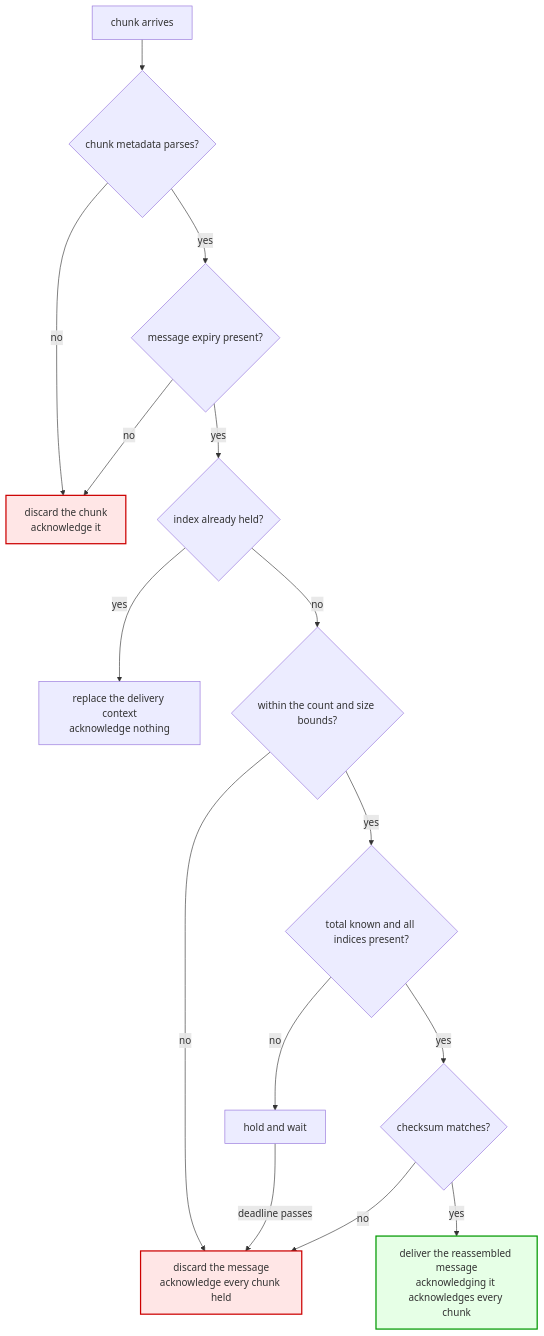
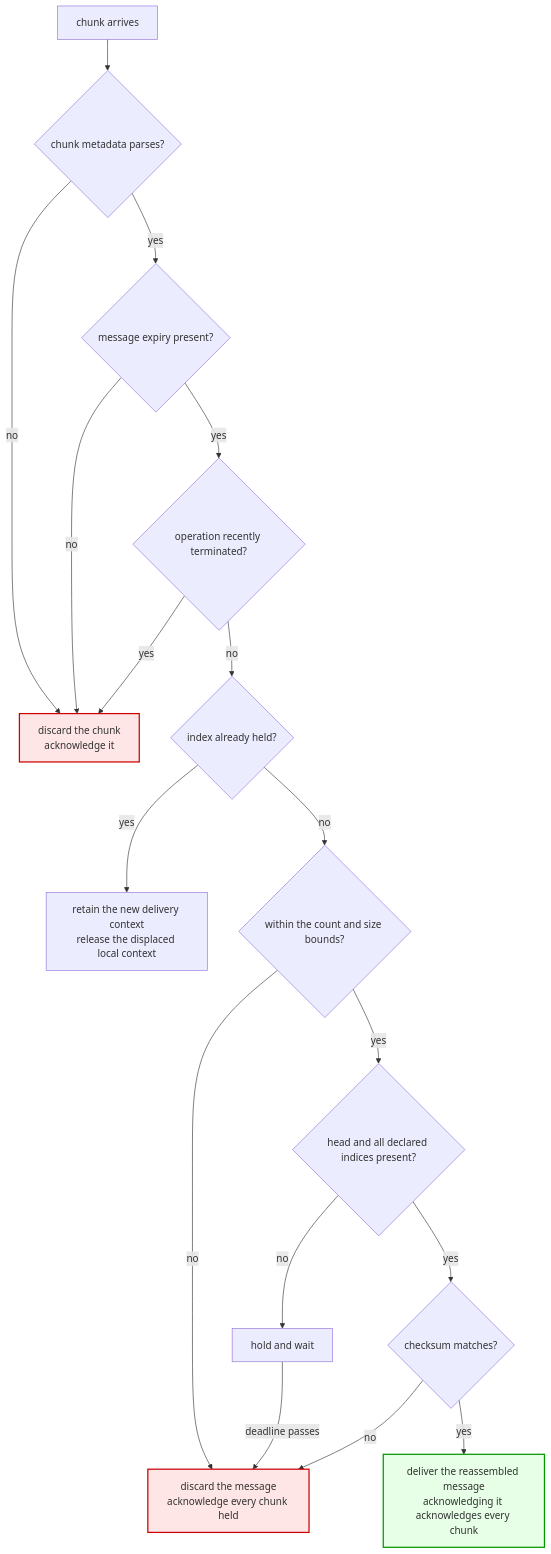
Before and after one commit to Azure/iot-operations-sdks: the fourth of 5 diagrams in doc/dev/adr/0033-large-message-chunking-diagrams.md, drawn with Mermaid. The commit also changed other lines of this file and 28 other files, not shown here.

````diff
--- a/doc/dev/adr/0033-large-message-chunking-diagrams.md
+++ b/doc/dev/adr/0033-large-message-chunking-diagrams.md
@@ -115,22 +118,24 @@
 ```mermaid
 flowchart TB
     C["chunk arrives"] --> X{"chunk metadata parses?"}
     X -->|no| DC["discard the chunk<br/>acknowledge it"]
     X -->|yes| Y{"message expiry present?"}
     Y -->|no| DC
-    Y -->|yes| Z{"index already held?"}
-    Z -->|yes| RP["replace the delivery context<br/>acknowledge nothing"]
+    Y -->|yes| T{"operation recently terminated?"}
+    T -->|yes| DC
+    T -->|no| Z{"index already held?"}
+    Z -->|yes| RP["retain the new delivery context<br/>release the displaced local context"]
     Z -->|no| BD{"within the count and size bounds?"}
     BD -->|no| DM["discard the message<br/>acknowledge every chunk held"]
-    BD -->|yes| CP{"total known and all indices present?"}
+    BD -->|yes| CP{"head and all declared indices present?"}
     CP -->|no| W["hold and wait"]
     CP -->|yes| CK{"checksum matches?"}
     CK -->|no| DM
     CK -->|yes| OK["deliver the reassembled message<br/>acknowledging it acknowledges every chunk"]
     W -->|deadline passes| DM
 
     classDef bad fill:#ffe6e6,stroke:#cc0000,stroke-width:2px
     classDef good fill:#e6ffe6,stroke:#009900,stroke-width:2px
     class DC,DM bad
     class OK good
 ```
````
